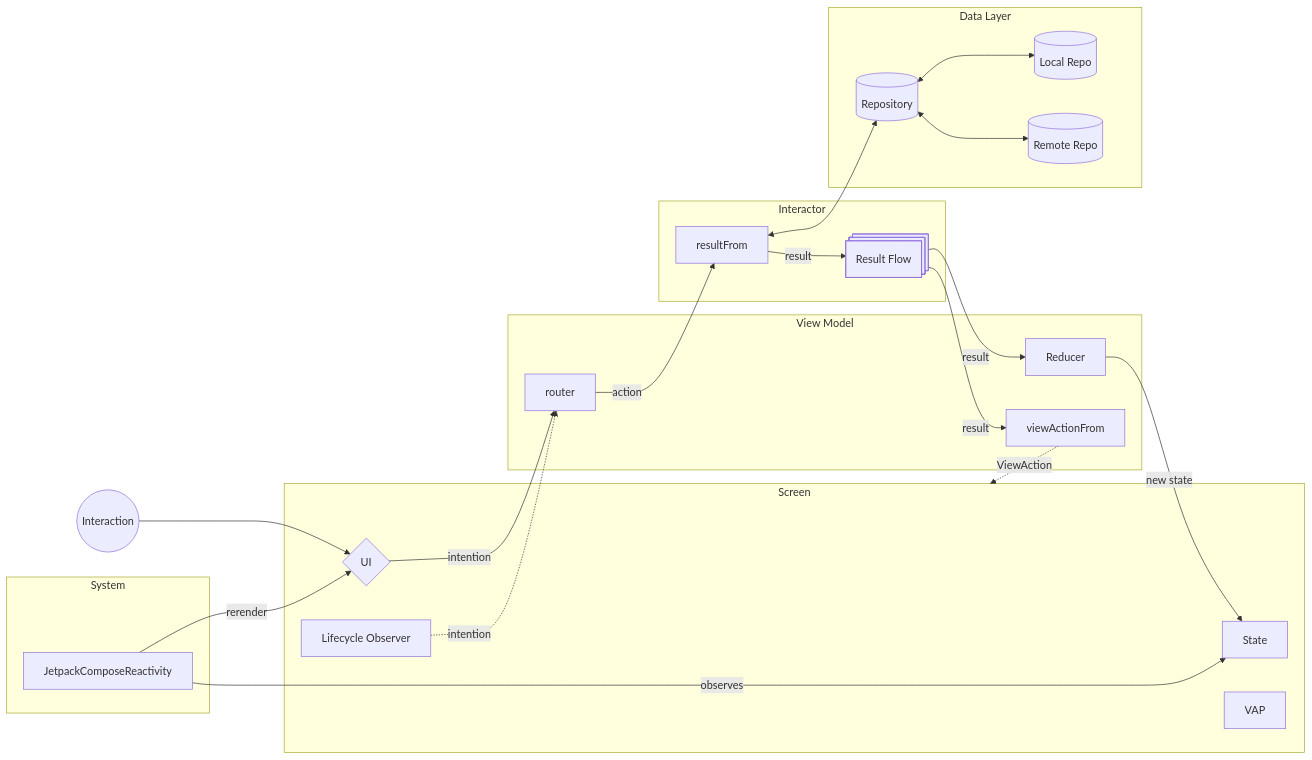
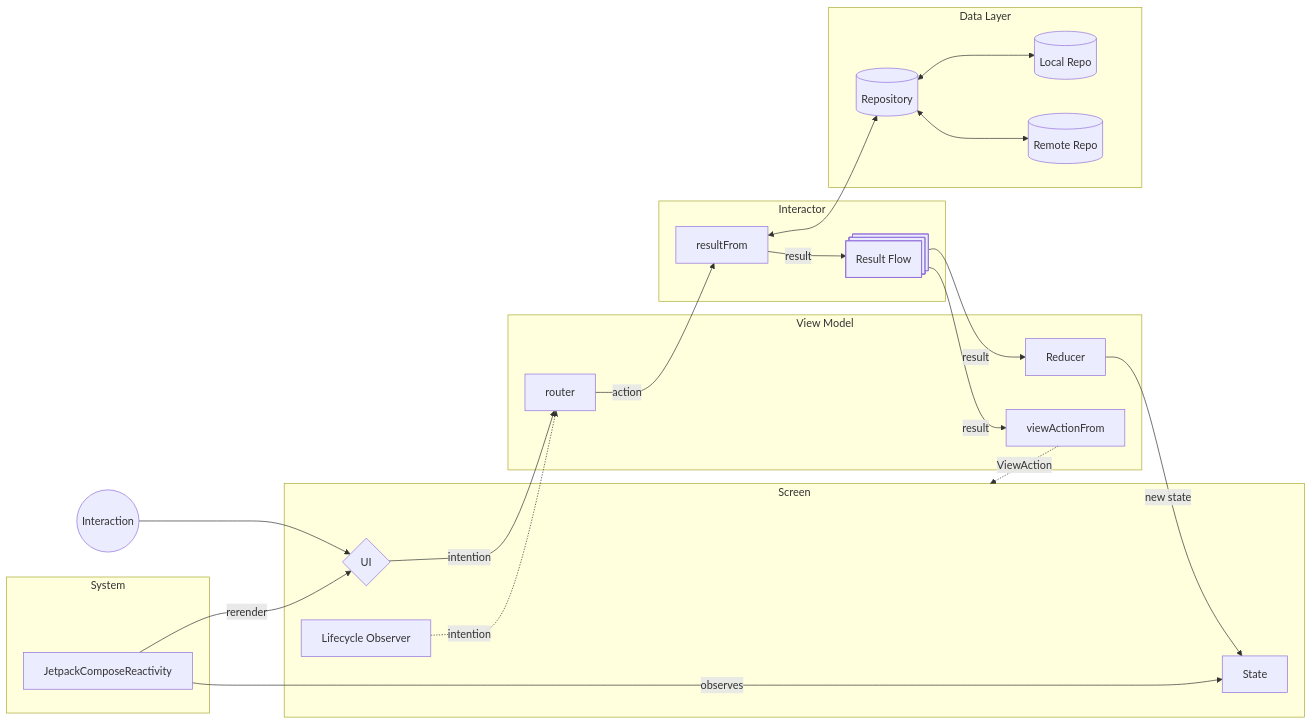
Before and after one commit to ibad-al-rahman/android-public: the diagram in ARCHITECTURE.md, drawn with Mermaid. The commit also changed other lines of this file, not shown here.

````diff
--- a/ARCHITECTURE.md
+++ b/ARCHITECTURE.md
@@ -7,45 +11,44 @@
 ```mermaid
 graph LR
     INT((Interaction)) --> UI{UI}
     UI -->|intention| ROU[router]
     ROU -->|action| RF[resultFrom]
     RF <--> REPO[(Repository)]
     RF -->|result| RFL@{ shape: processes, label: "Result Flow" }
     RFL -->|result| RED[Reducer]
     RFL -->|result| VAF[viewActionFrom]
     RED -->|new state| ST[State]
     VAF -.->|ViewAction| Screen[viewActionProcessor]
 
     LO[Lifecycle Observer]
     LO -.->|intention| ROU
 
     subgraph "Screen"
         ST
         UI
-        VAP
         LO
     end
 
     subgraph "View Model"
         ROU
         RED
         VAF
     end
 
     subgraph "Interactor"
         RFL@{ shape: processes, label: "Result Flow" }
         RF
     end
 
     subgraph "System"
         JCR[JetpackComposeReactivity]
     end
 
     JCR -->|observes| ST
     JCR -->|rerender| UI
 
     subgraph "Data Layer"
         REPO <--> LR[(Local Repo)]
         REPO <--> RR[(Remote Repo)]
     end
 ```
````
